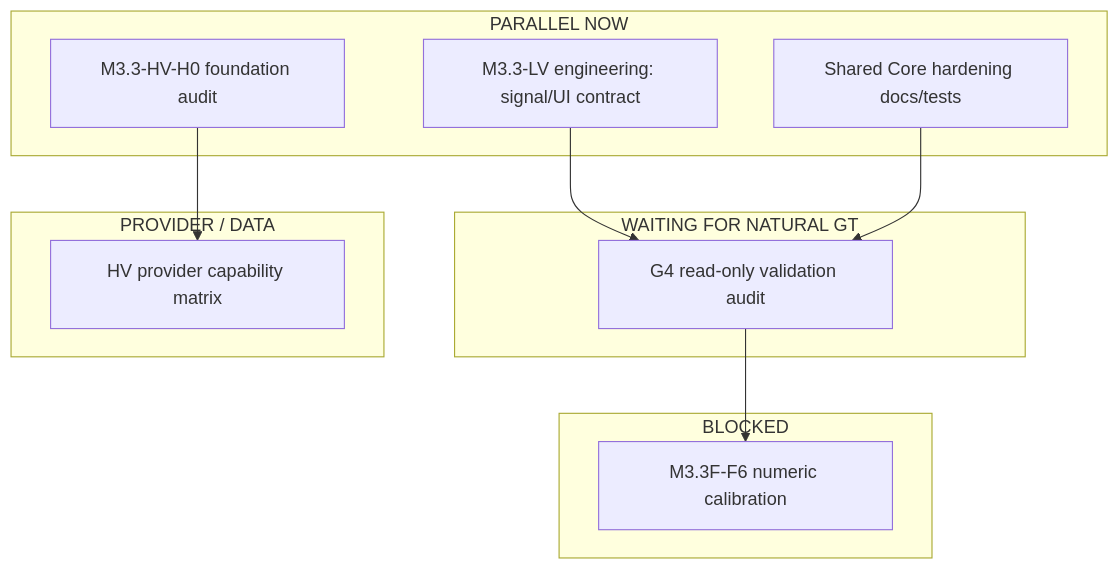
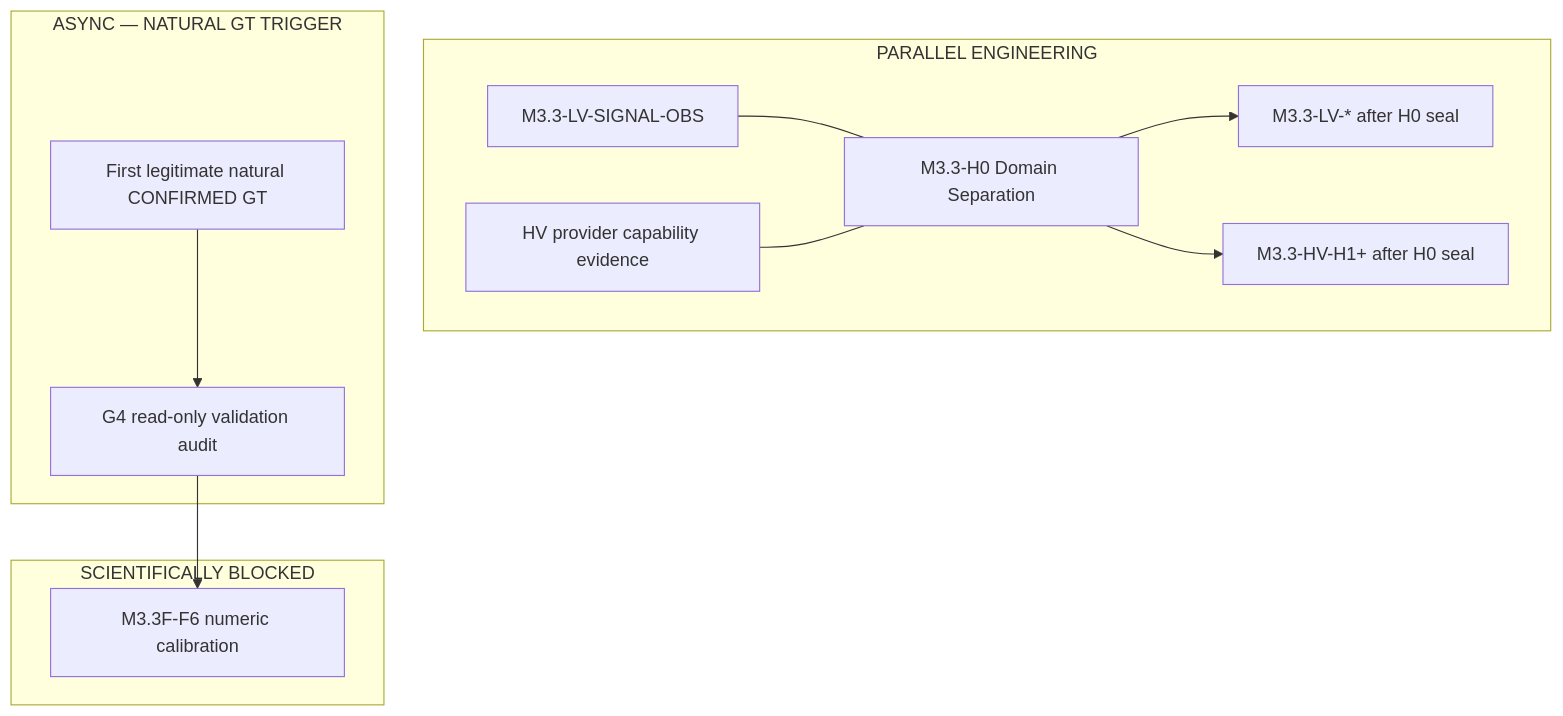
One commit to FATIHS-MGCKS/SYNQDRIVE-alpha changed the diagram in architecture/battery-v2/BATTERY_INTELLIGENCE_ARCHITECTURE.md. Above: the diagram before and after it, drawn with Mermaid. The commit also changed other lines of this file and 5 other files, not shown here.

First line of the commit message:
docs(battery-v2): PR #1846 authority hardening (GT maturity, G4 graph, M3.3-H0)

````diff
--- a/architecture/battery-v2/BATTERY_INTELLIGENCE_ARCHITECTURE.md
+++ b/architecture/battery-v2/BATTERY_INTELLIGENCE_ARCHITECTURE.md
@@ -149,21 +163,23 @@
 ```mermaid
 flowchart TB
-  subgraph parallel [PARALLEL NOW]
-    LVENG[M3.3-LV engineering: signal/UI contract]
-    HVH0[M3.3-HV-H0 foundation audit]
-    CORE[Shared Core hardening docs/tests]
+  subgraph parallel [PARALLEL ENGINEERING]
+    H0[M3.3-H0 Domain Separation]
+    LVSOBS[M3.3-LV-SIGNAL-OBS]
+    HVPROV[HV provider capability evidence]
+    LVPOST[M3.3-LV-* after H0 seal]
+    HVPOST[M3.3-HV-H1+ after H0 seal]
   end
-  subgraph waitGT [WAITING FOR NATURAL GT]
+  subgraph asyncG4 [ASYNC — NATURAL GT TRIGGER]
+    NATGT[First legitimate natural CONFIRMED GT]
     G4[G4 read-only validation audit]
   end
-  subgraph waitF6 [BLOCKED]
+  subgraph blocked [SCIENTIFICALLY BLOCKED]
     F6[M3.3F-F6 numeric calibration]
   end
-  subgraph waitProv [PROVIDER / DATA]
-    HVTELEM[HV provider capability matrix]
-  end
-  LVENG --> G4
-  HVH0 --> HVTELEM
+  H0 --> LVPOST
+  H0 --> HVPOST
+  LVSOBS --- H0
+  HVPROV --- H0
+  NATGT --> G4
   G4 --> F6
-  CORE --> G4
 ```
````
